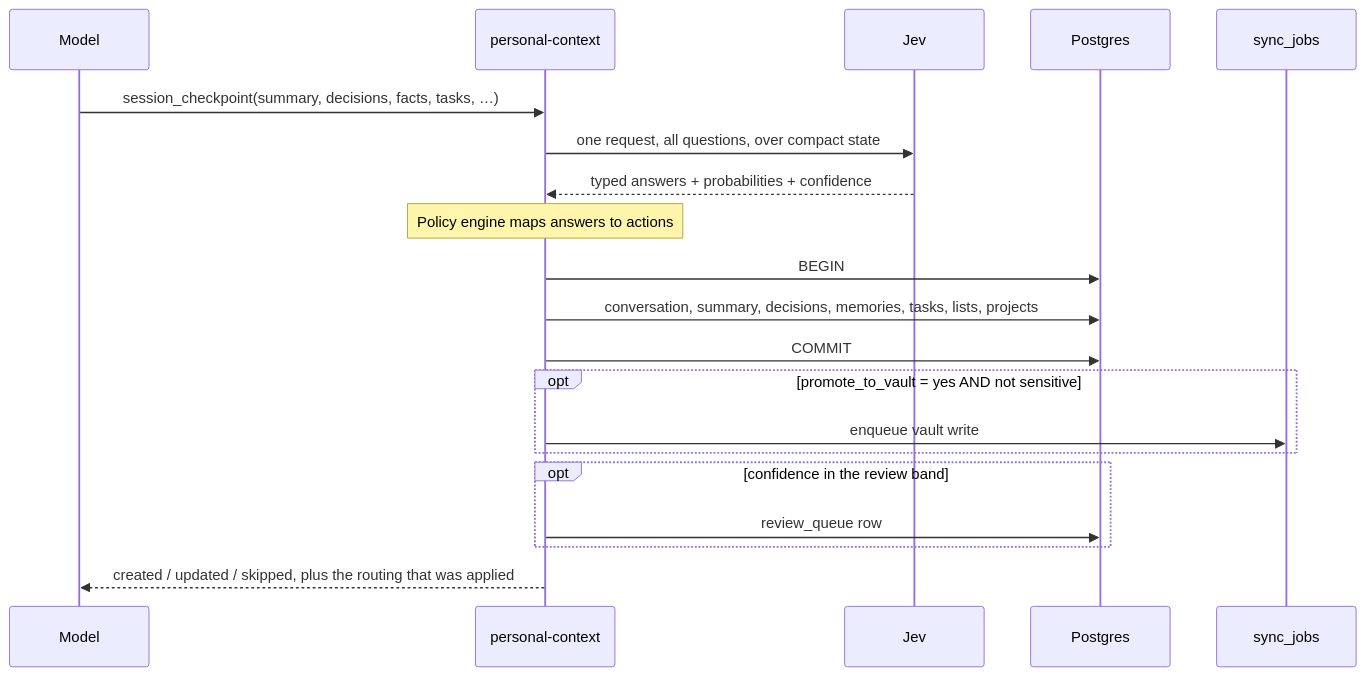
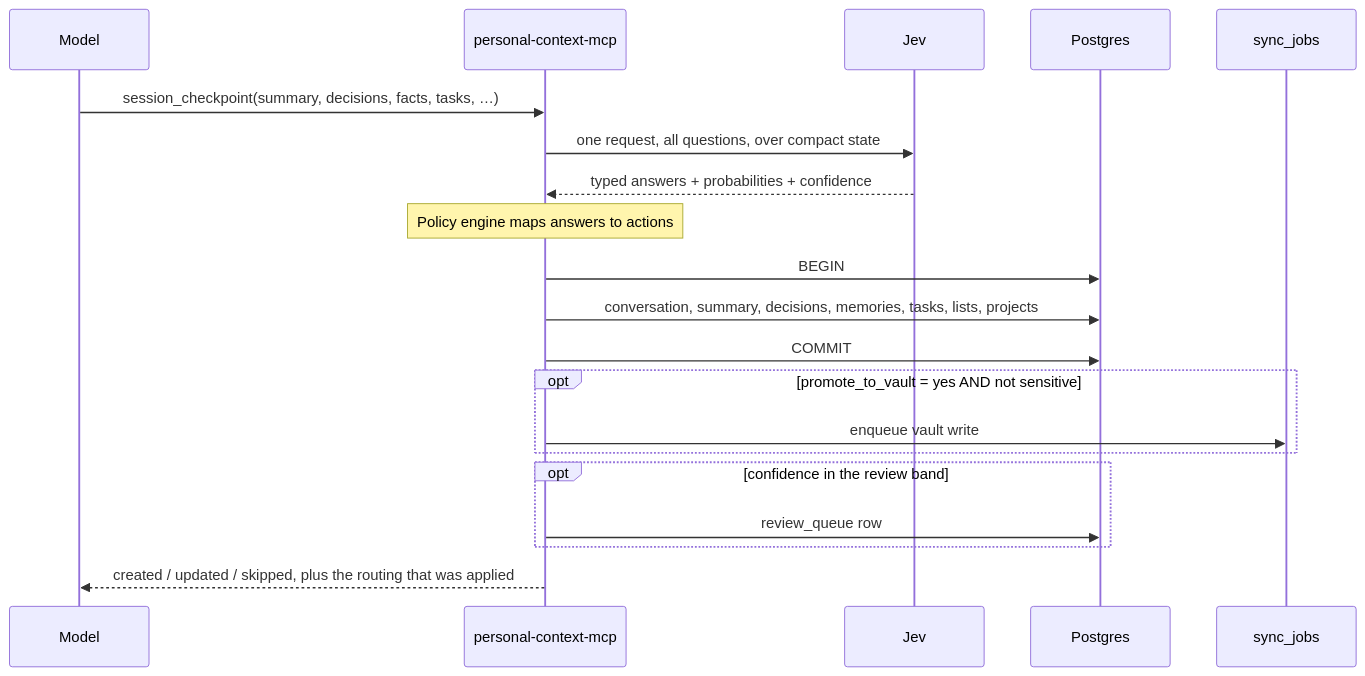
One commit to DanDo385/personal-context-mcp changed the fifth of 8 diagrams in README.md. Above: the diagram before and after it, drawn with Mermaid. The commit also changed other lines of this file and 148 other files, not shown here.

````diff
--- a/README.md
+++ b/README.md
@@ -261,23 +261,23 @@
 ```mermaid
 sequenceDiagram
     participant M as Model
-    participant S as personal-context
+    participant S as personal-context-mcp
     participant J as Jev
     participant D as Postgres
     participant Q as sync_jobs
 
     M->>S: session_checkpoint(summary, decisions, facts, tasks, …)
     S->>J: one request, all questions, over compact state
     J-->>S: typed answers + probabilities + confidence
     Note over S: Policy engine maps answers to actions
     S->>D: BEGIN
     S->>D: conversation, summary, decisions, memories, tasks, lists, projects
     S->>D: COMMIT
     opt promote_to_vault = yes AND not sensitive
         S->>Q: enqueue vault write
     end
     opt confidence in the review band
         S->>D: review_queue row
     end
     S-->>M: created / updated / skipped, plus the routing that was applied
 ```
````
